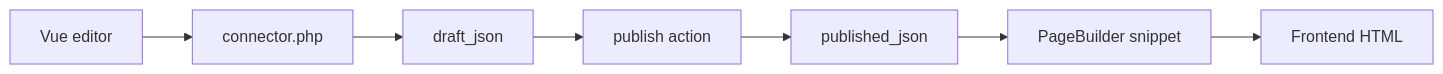
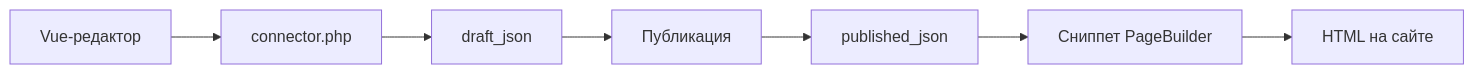
The diagram in docs/components/pagebuilder/integration.md (modx-pro/Docs), drawn with Mermaid before and after one commit. The commit also changed other lines of this file and 105 other files, not shown here.

````diff
--- a/docs/components/pagebuilder/integration.md
+++ b/docs/components/pagebuilder/integration.md
@@ -122,9 +134,9 @@
 ```mermaid
 flowchart LR
-  Editor[Vue editor] --> Connector[connector.php]
+  Editor[Vue-редактор] --> Connector[connector.php]
   Connector --> Draft[draft_json]
-  Draft --> Publish[publish action]
+  Draft --> Publish[Публикация]
   Publish --> Published[published_json]
-  Published --> Snippet[PageBuilder snippet]
-  Snippet --> HTML[Frontend HTML]
+  Published --> Snippet[Сниппет PageBuilder]
+  Snippet --> HTML[HTML на сайте]
 ```
````
